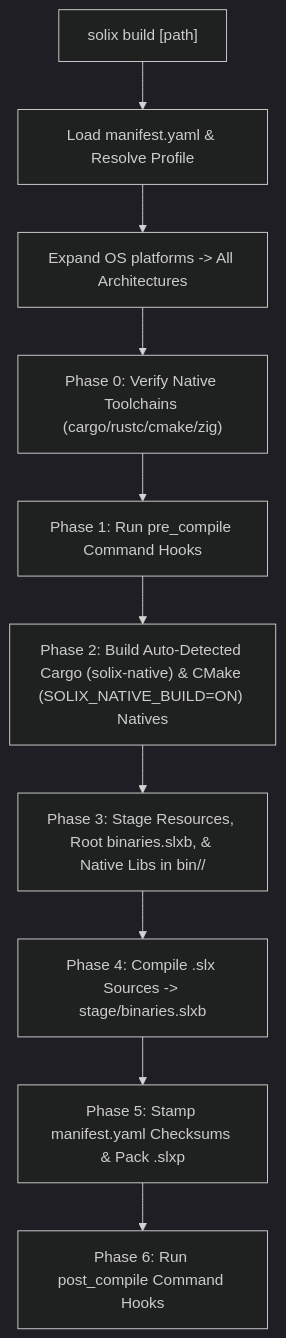
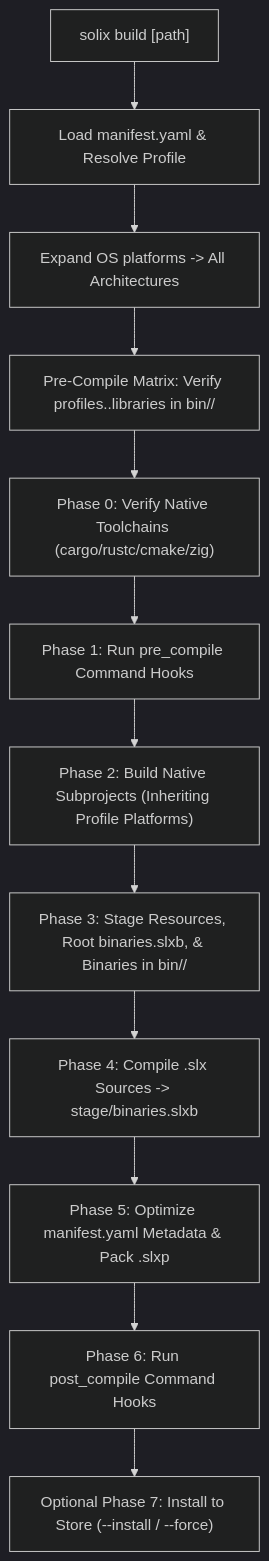
The diagram in docs/spec/tools/cli/build.md (Jehudme/solix-language), drawn with Mermaid (dark theme) before and after one commit. The commit also changed other lines of this file and 54 other files, not shown here.

First line of the commit message:
feat(toolchain): unify native platforms, eliminate lib/ directory, and add pre-compiled library verification

````diff
--- a/docs/spec/tools/cli/build.md
+++ b/docs/spec/tools/cli/build.md
@@ -42,12 +42,14 @@
 ```mermaid
 flowchart TD
     BuildEntry["solix build [path]"] --> ResolveProfile["Load manifest.yaml & Resolve Profile"]
     ResolveProfile --> ExpandPlatforms["Expand OS platforms -> All Architectures"]
-    ExpandPlatforms --> PhaseZero["Phase 0: Verify Native Toolchains (cargo/rustc/cmake/zig)"]
+    ExpandPlatforms --> VerifyLibraries["Pre-Compile Matrix: Verify profiles.<profile>.libraries in bin/<target>/"]
+    VerifyLibraries --> PhaseZero["Phase 0: Verify Native Toolchains (cargo/rustc/cmake/zig)"]
     PhaseZero --> PhaseOne["Phase 1: Run pre_compile Command Hooks"]
-    PhaseOne --> PhaseTwo["Phase 2: Build Auto-Detected Cargo (solix-native) & CMake (SOLIX_NATIVE_BUILD=ON) Natives"]
-    PhaseTwo --> PhaseThree["Phase 3: Stage Resources, Root binaries.slxb, & Native Libs in bin/<target>/"]
+    PhaseOne --> PhaseTwo["Phase 2: Build Native Subprojects (Inheriting Profile Platforms)"]
+    PhaseTwo --> PhaseThree["Phase 3: Stage Resources, Root binaries.slxb, & Binaries in bin/<target>/"]
     PhaseThree --> PhaseFour["Phase 4: Compile .slx Sources -> stage/binaries.slxb"]
-    PhaseFour --> PhaseFive["Phase 5: Stamp manifest.yaml Checksums & Pack .slxp"]
+    PhaseFour --> PhaseFive["Phase 5: Optimize manifest.yaml Metadata & Pack .slxp"]
     PhaseFive --> PhaseSix["Phase 6: Run post_compile Command Hooks"]
+    PhaseSix --> AutoInstall["Optional Phase 7: Install to Store (--install / --force)"]
 ```
````
